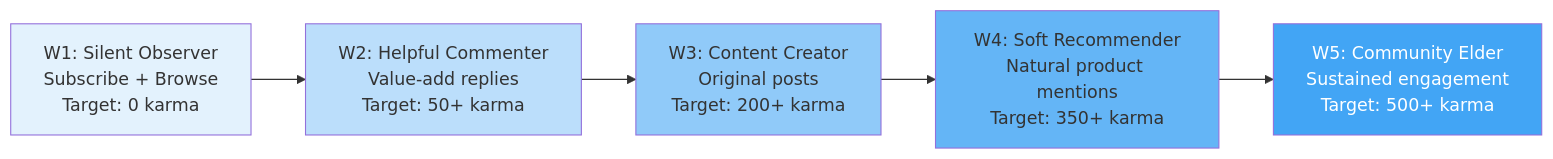
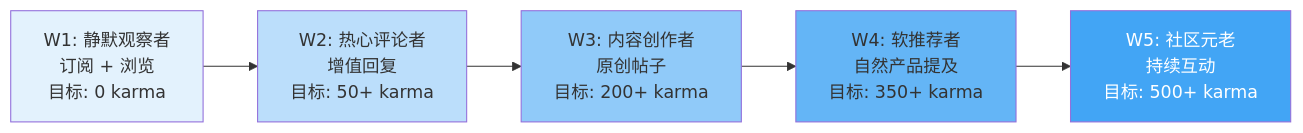
One commit to chan-kinghin/e-commerce-claw changed the first of 5 diagrams in plans/PLAN-reddit-specialist.md. Above: the diagram before and after it, drawn with Mermaid. The commit also changed other lines of this file and 55 other files, not shown here.

````diff
--- a/plans/PLAN-reddit-specialist.md
+++ b/plans/PLAN-reddit-specialist.md
@@ -255,13 +255,13 @@
 ```mermaid
 graph LR
-    W1["W1: Silent Observer<br/>Subscribe + Browse<br/>Target: 0 karma"] --> W2["W2: Helpful Commenter<br/>Value-add replies<br/>Target: 50+ karma"]
-    W2 --> W3["W3: Content Creator<br/>Original posts<br/>Target: 200+ karma"]
-    W3 --> W4["W4: Soft Recommender<br/>Natural product mentions<br/>Target: 350+ karma"]
-    W4 --> W5["W5: Community Elder<br/>Sustained engagement<br/>Target: 500+ karma"]
+    W1["W1: 静默观察者<br/>订阅 + 浏览<br/>目标: 0 karma"] --> W2["W2: 热心评论者<br/>增值回复<br/>目标: 50+ karma"]
+    W2 --> W3["W3: 内容创作者<br/>原创帖子<br/>目标: 200+ karma"]
+    W3 --> W4["W4: 软推荐者<br/>自然产品提及<br/>目标: 350+ karma"]
+    W4 --> W5["W5: 社区元老<br/>持续互动<br/>目标: 500+ karma"]
 
     style W1 fill:#E3F2FD
     style W2 fill:#BBDEFB
     style W3 fill:#90CAF9
     style W4 fill:#64B5F6
     style W5 fill:#42A5F5,color:#fff
 ```
````
